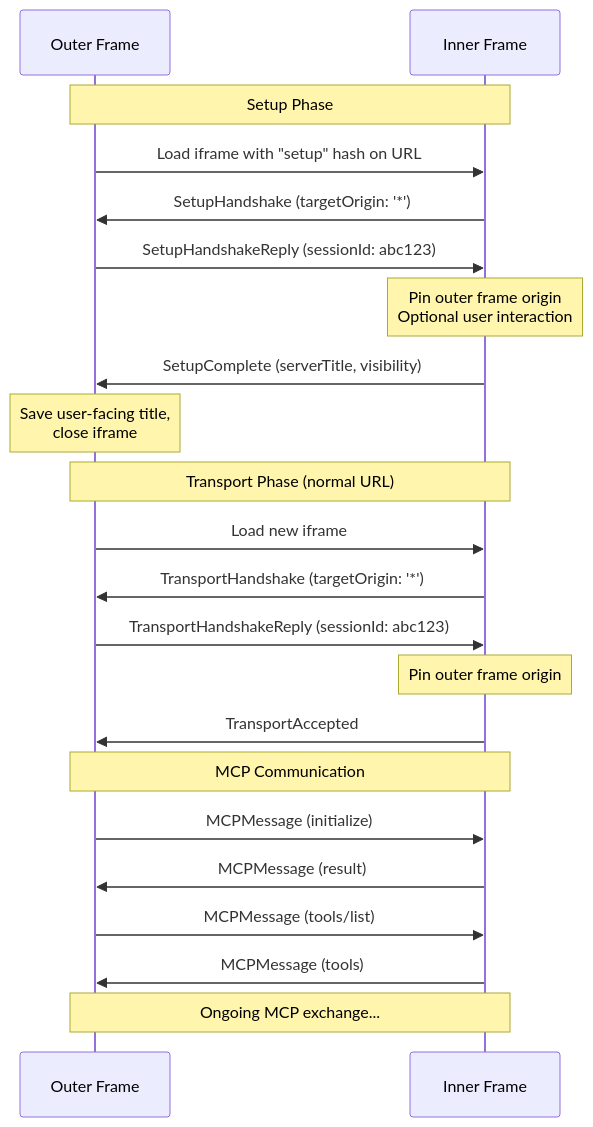
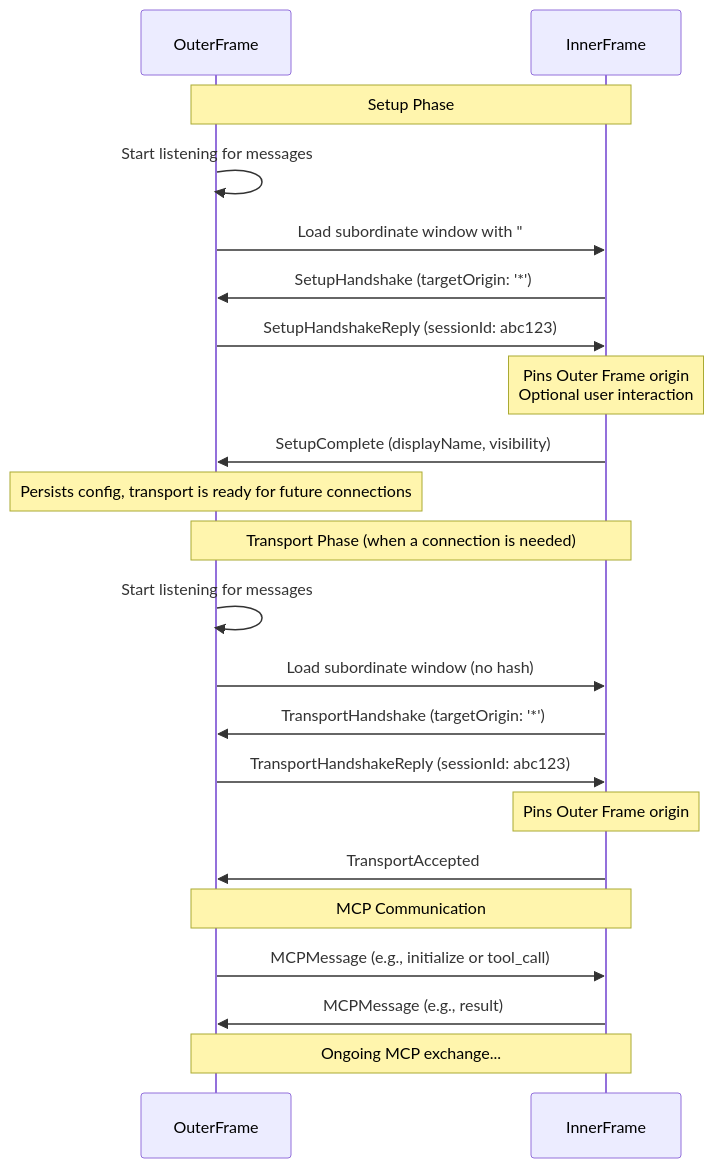
The diagram in src/protocol/README.md (horner/mcp-postmessage), drawn with Mermaid before and after one commit. The commit also changed other lines of this file and 9 other files, not shown here.

````diff
--- a/src/protocol/README.md
+++ b/src/protocol/README.md
@@ -54,27 +93,27 @@
 ```mermaid
 sequenceDiagram
-    participant OuterFrame as Outer Frame
-    participant InnerFrame as Inner Frame
-    
+    participant OuterFrame
+    participant InnerFrame
+
     Note over OuterFrame,InnerFrame: Setup Phase
-    OuterFrame->>InnerFrame: Load iframe with "setup" hash on URL
+    OuterFrame->>OuterFrame: Start listening for messages
+    OuterFrame->>InnerFrame: Load subordinate window with "#setup" hash
     InnerFrame->>OuterFrame: SetupHandshake (targetOrigin: '*')
     OuterFrame->>InnerFrame: SetupHandshakeReply (sessionId: abc123)
-    Note over InnerFrame: Pin outer frame origin<br/>Optional user interaction
-    InnerFrame->>OuterFrame: SetupComplete (serverTitle, visibility)
-    Note over OuterFrame: Save user-facing title,<br/>close iframe
-    
-    Note over OuterFrame,InnerFrame: Transport Phase (normal URL)  
-    OuterFrame->>InnerFrame: Load new iframe
+    Note over InnerFrame: Pins Outer Frame origin<br/>Optional user interaction
+    InnerFrame->>OuterFrame: SetupComplete (displayName, visibility)
+    Note over OuterFrame: Persists config, transport is ready for future connections
+
+    Note over OuterFrame,InnerFrame: Transport Phase (when a connection is needed)
+    OuterFrame->>OuterFrame: Start listening for messages
+    OuterFrame->>InnerFrame: Load subordinate window (no hash)
     InnerFrame->>OuterFrame: TransportHandshake (targetOrigin: '*')
     OuterFrame->>InnerFrame: TransportHandshakeReply (sessionId: abc123)
-    Note over InnerFrame: Pin outer frame origin
+    Note over InnerFrame: Pins Outer Frame origin
     InnerFrame->>OuterFrame: TransportAccepted
-    
+
     Note over OuterFrame,InnerFrame: MCP Communication
-    OuterFrame->>InnerFrame: MCPMessage (initialize)
-    InnerFrame->>OuterFrame: MCPMessage (result)
-    OuterFrame->>InnerFrame: MCPMessage (tools/list)
-    InnerFrame->>OuterFrame: MCPMessage (tools)
+    OuterFrame->>InnerFrame: MCPMessage (e.g., initialize or tool_call)
+    InnerFrame->>OuterFrame: MCPMessage (e.g., result)
     Note over OuterFrame,InnerFrame: Ongoing MCP exchange...
 ```
````
